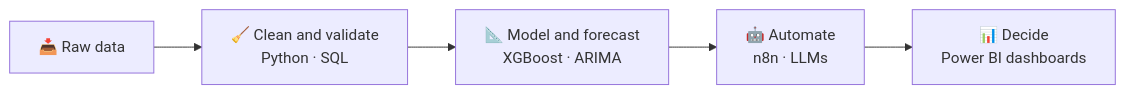
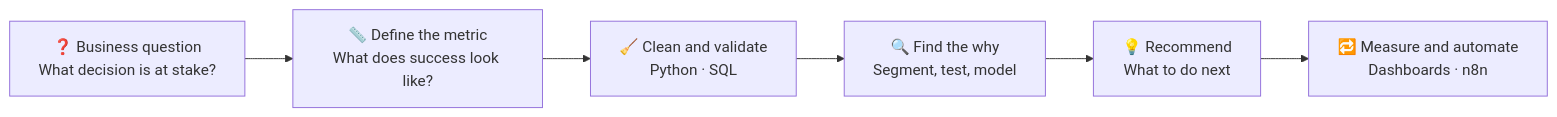
One commit to koriurvashi/koriurvashi changed the diagram in README.md. Above: the diagram before and after it, drawn with Mermaid. The commit also changed other lines of this file, not shown here.

````diff
--- a/README.md
+++ b/README.md
@@ -75,7 +77,8 @@
 ```mermaid
 flowchart LR
-    A[📥 Raw data] --> B[🧹 Clean and validate<br/>Python · SQL]
-    B --> C[📐 Model and forecast<br/>XGBoost · ARIMA]
-    C --> D[🤖 Automate<br/>n8n · LLMs]
-    D --> E[📊 Decide<br/>Power BI dashboards]
+    A[❓ Business question<br/>What decision is at stake?] --> B[📏 Define the metric<br/>What does success look like?]
+    B --> C[🧹 Clean and validate<br/>Python · SQL]
+    C --> D[🔍 Find the why<br/>Segment, test, model]
+    D --> E[💡 Recommend<br/>What to do next]
+    E --> F[🔁 Measure and automate<br/>Dashboards · n8n]
 ```
````
